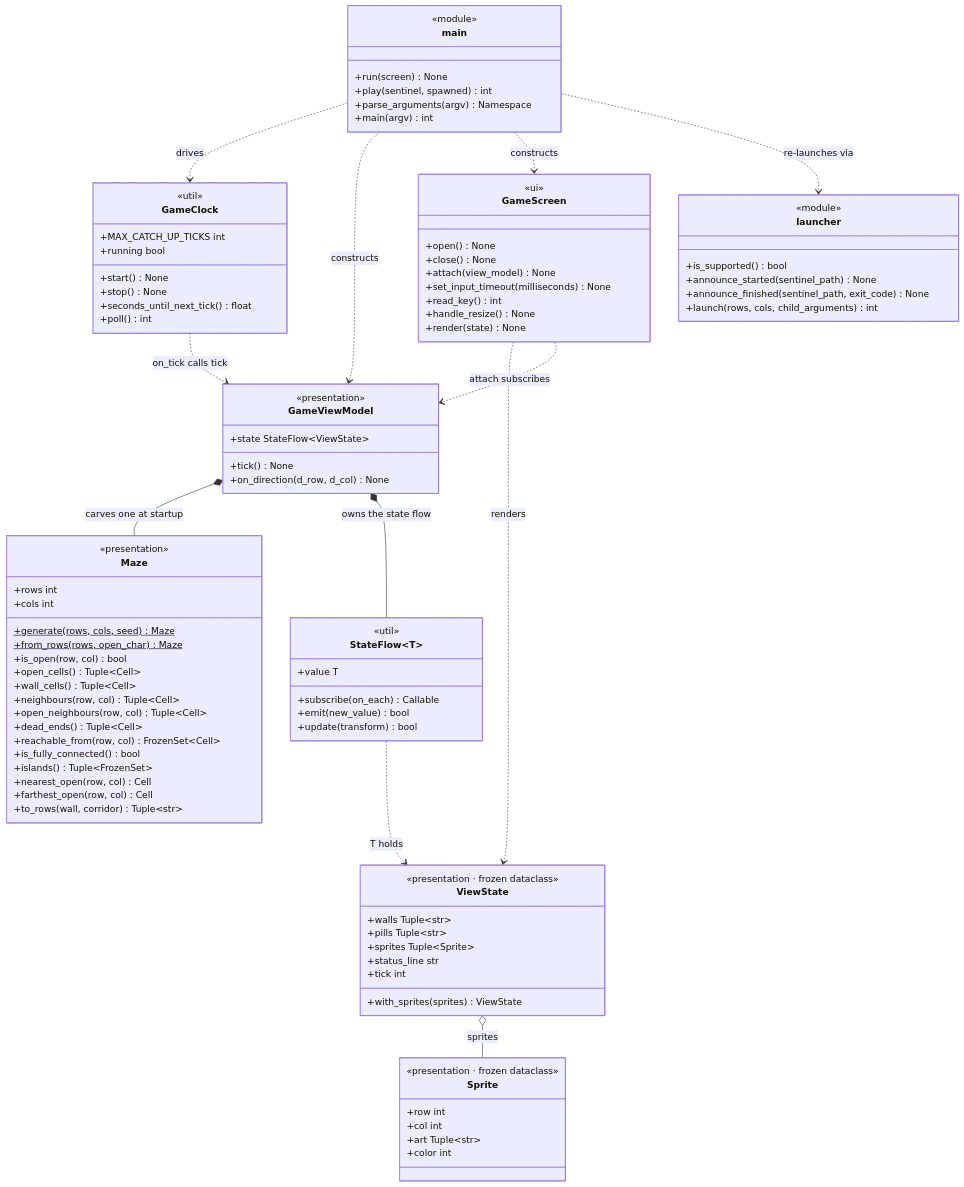
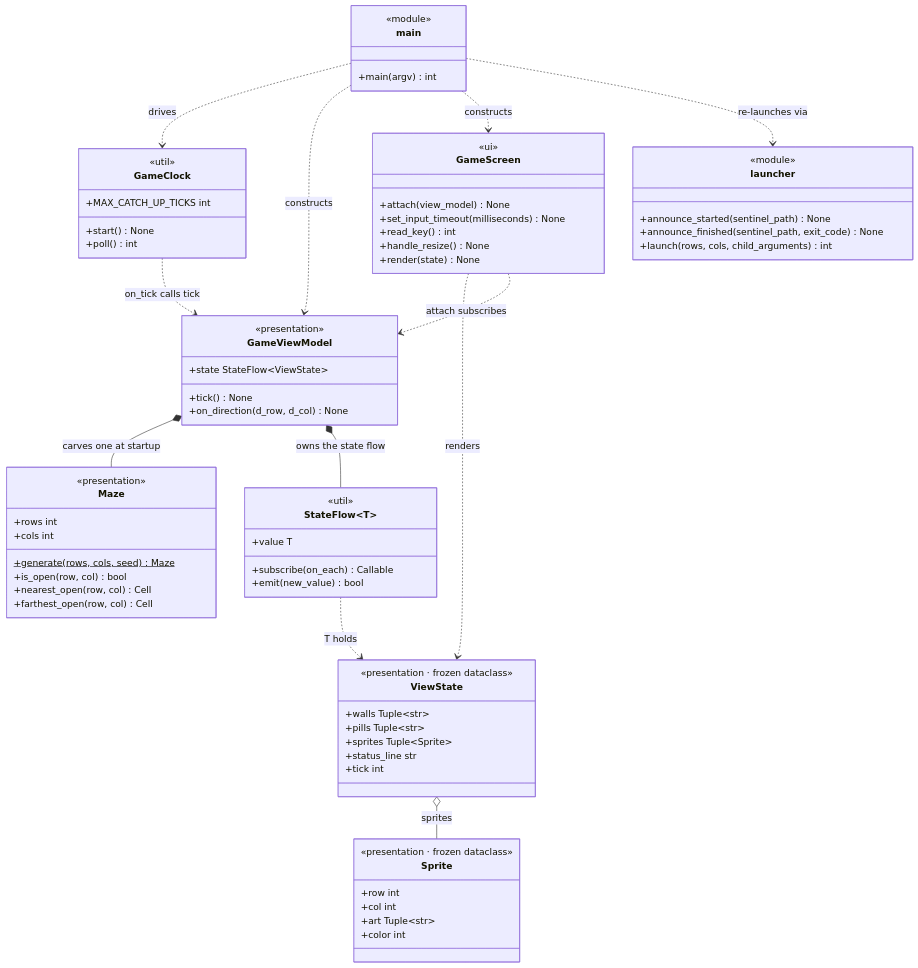
One commit to replicant1/TerminalGame changed the diagram in docs/CLASS_OVERVIEW.md. Above: the diagram before and after it, drawn with Mermaid.

```diff
--- a/docs/CLASS_OVERVIEW.md
+++ b/docs/CLASS_OVERVIEW.md
@@ -49,19 +49,9 @@
         +rows int
         +cols int
         +generate(rows, cols, seed)$ Maze
-        +from_rows(rows, open_char)$ Maze
         +is_open(row, col) bool
-        +open_cells() Tuple~Cell~
-        +wall_cells() Tuple~Cell~
-        +neighbours(row, col) Tuple~Cell~
-        +open_neighbours(row, col) Tuple~Cell~
-        +dead_ends() Tuple~Cell~
-        +reachable_from(row, col) FrozenSet~Cell~
-        +is_fully_connected() bool
-        +islands() Tuple~FrozenSet~
         +nearest_open(row, col) Cell
         +farthest_open(row, col) Cell
-        +to_rows(wall, corridor) Tuple~str~
     }
 
     class GameViewModel {
@@ -86,7 +76,6 @@
         +sprites Tuple~Sprite~
         +status_line str
         +tick int
-        +with_sprites(sprites) ViewState
     }
 
     class StateFlow~T~ {
@@ -94,23 +83,17 @@
         +value T
         +subscribe(on_each) Callable
         +emit(new_value) bool
-        +update(transform) bool
     }
 
     class GameClock {
         <<util>>
         +MAX_CATCH_UP_TICKS int
-        +running bool
         +start() None
-        +stop() None
-        +seconds_until_next_tick() float
         +poll() int
     }
 
     class GameScreen {
         <<ui>>
-        +open() None
-        +close() None
         +attach(view_model) None
         +set_input_timeout(milliseconds) None
         +read_key() int
@@ -120,15 +103,11 @@
 
     class main {
         <<module>>
-        +run(screen) None
-        +play(sentinel, spawned) int
-        +parse_arguments(argv) Namespace
         +main(argv) int
     }
 
     class launcher {
         <<module>>
-        +is_supported() bool
         +announce_started(sentinel_path) None
         +announce_finished(sentinel_path, exit_code) None
         +launch(rows, cols, child_arguments) int
```
